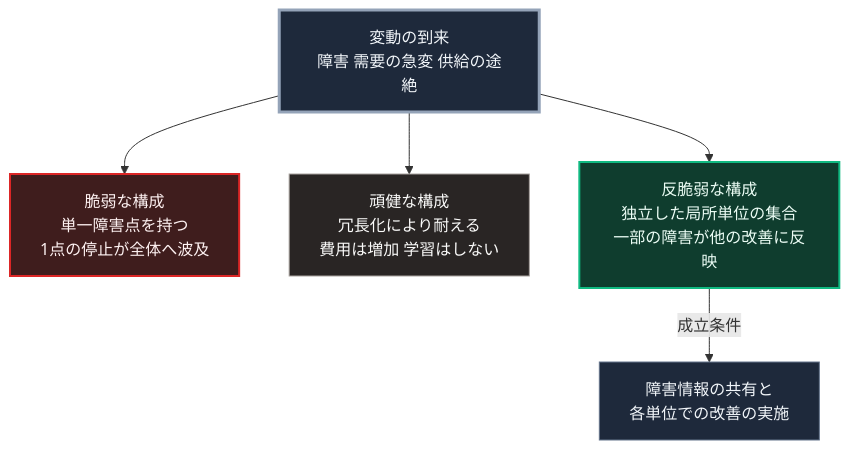
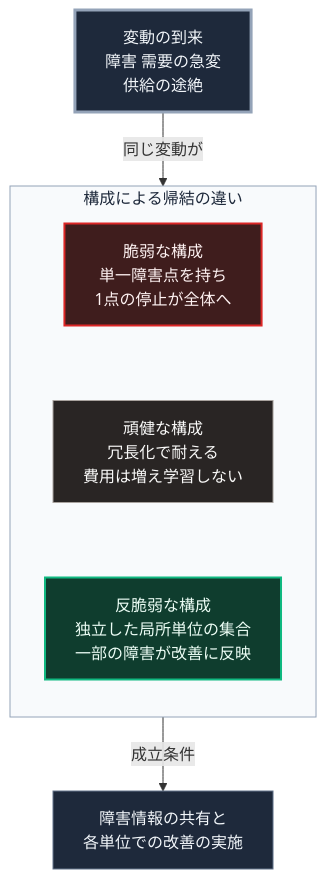
The diagram in books/sovereign-resilience-blueprint/48_taleb-antifragility-risk-dispersion.md (Takenori-Kusaka/zenn-content), drawn with Mermaid before and after one commit. The commit also changed other lines of this file and 114 other files, not shown here.

````diff
--- a/books/sovereign-resilience-blueprint/48_taleb-antifragility-risk-dispersion.md
+++ b/books/sovereign-resilience-blueprint/48_taleb-antifragility-risk-dispersion.md
@@ -51,14 +51,18 @@
 ```mermaid
 flowchart TD
-    V[変動の到来<br>障害 需要の急変 供給の途絶]
-    V --> F[脆弱な構成<br>単一障害点を持つ<br>1点の停止が全体へ波及]
-    V --> R[頑健な構成<br>冗長化により耐える<br>費用は増加 学習はしない]
-    V --> A[反脆弱な構成<br>独立した局所単位の集合<br>一部の障害が他の改善に反映]
+    V[変動の到来<br>障害 需要の急変<br>供給の途絶]
+    V -->|同じ変動が| G
+    subgraph G[構成による帰結の違い]
+        direction TB
+        F[脆弱な構成<br>単一障害点を持ち<br>1点の停止が全体へ] ~~~ R[頑健な構成<br>冗長化で耐える<br>費用は増え学習しない]
+        R ~~~ A[反脆弱な構成<br>独立した局所単位の集合<br>一部の障害が改善に反映]
+    end
     A -->|成立条件| C[障害情報の共有と<br>各単位での改善の実施]
 
     style V fill:#1e293b,stroke:#94a3b8,stroke-width:3px,color:#f1f5f9
     style F fill:#3f1d1d,stroke:#dc2626,stroke-width:2px,color:#fef2f2
     style R fill:#292524,stroke:#a8a29e,color:#fafaf9
     style A fill:#0f3d2e,stroke:#10b981,stroke-width:2px,color:#ecfdf5
     style C fill:#1e293b,stroke:#64748b,color:#f1f5f9
+    style G fill:#f8fafc,stroke:#94a3b8,color:#1e293b
 ```
````
